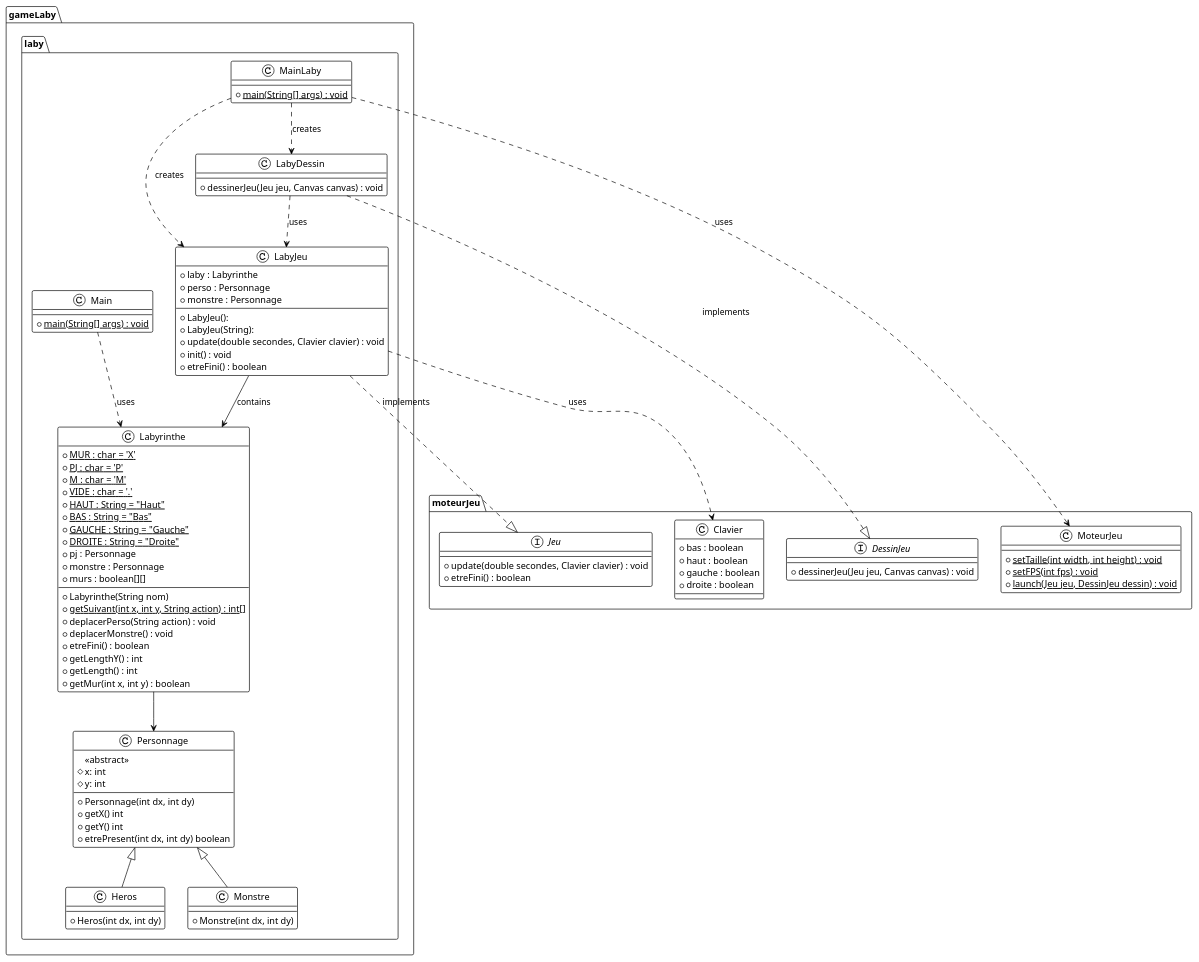
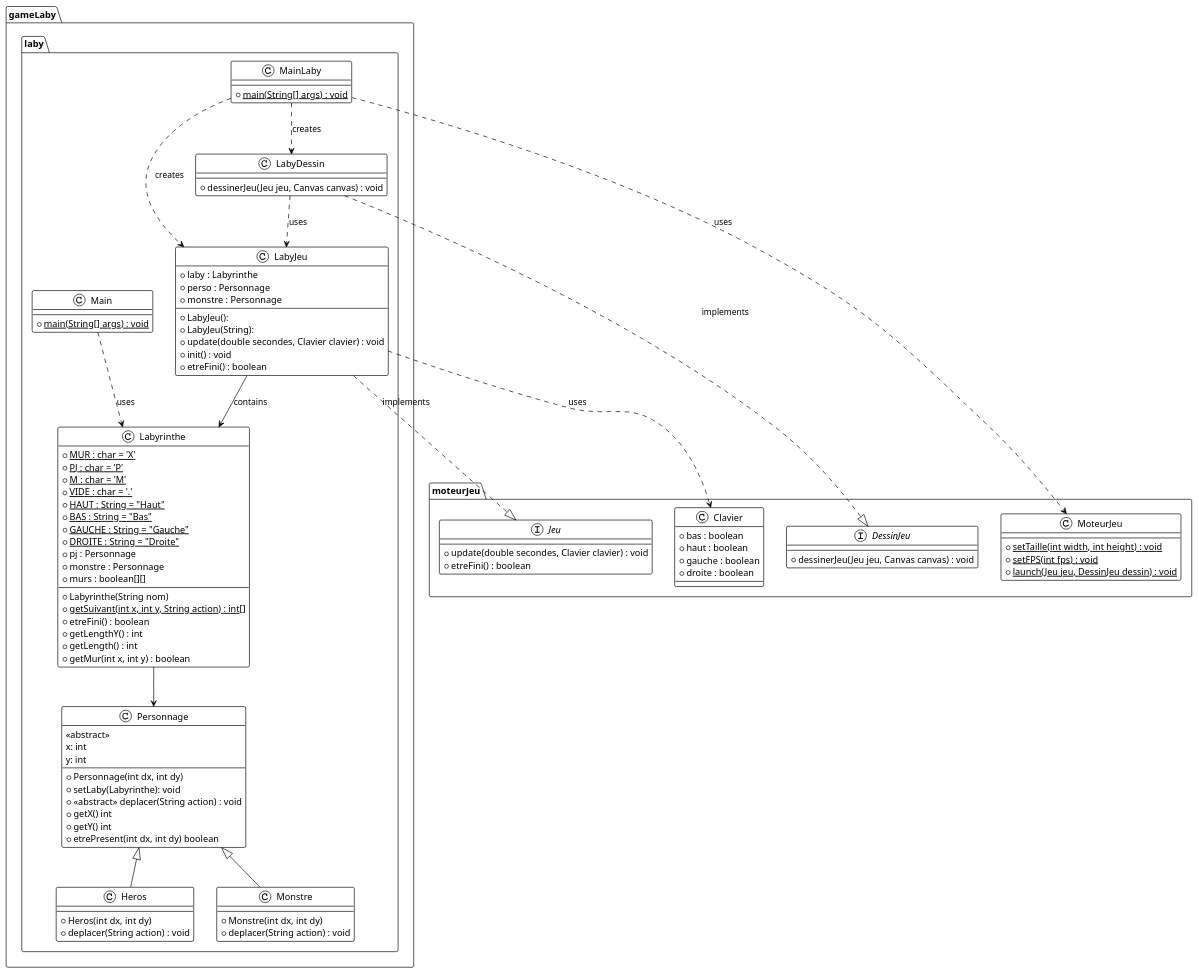
Before and after one commit to crochetremi/2025_Zeldiablo2_e20157u_e82008u_e89209u_e26078u: the diagram in documents/version_3/DC_Laby.puml, drawn with PlantUML. The commit also changed 5 other files, not shown here.

```diff
--- a/documents/version_3/DC_Laby.puml
+++ b/documents/version_3/DC_Laby.puml
@@ -1,114 +1,116 @@
 @startuml
 !theme plain
 
 package "gameLaby.laby" {
 
     class Main {
         +{static} main(String[] args) : void
     }
 
     class MainLaby {
         +{static} main(String[] args) : void
     }
 
     class LabyJeu {
         +laby : Labyrinthe
         +perso : Personnage
         +monstre : Personnage
         +LabyJeu():
         +LabyJeu(String):
         +update(double secondes, Clavier clavier) : void
         +init() : void
         +etreFini() : boolean
     }
 
     class LabyDessin {
         +dessinerJeu(Jeu jeu, Canvas canvas) : void
     }
 
     class Labyrinthe {
         +{static} MUR : char = 'X'
         +{static} PJ : char = 'P'
         +{static} M : char = 'M'
         +{static} VIDE : char = '.'
         +{static} HAUT : String = "Haut"
         +{static} BAS : String = "Bas"
         +{static} GAUCHE : String = "Gauche"
         +{static} DROITE : String = "Droite"
         +pj : Personnage
         +monstre : Personnage
         +murs : boolean[][]
         +Labyrinthe(String nom)
         +{static} getSuivant(int x, int y, String action) : int[]
-        +deplacerPerso(String action) : void
-        +deplacerMonstre() : void
         +etreFini() : boolean
         +getLengthY() : int
         +getLength() : int
         +getMur(int x, int y) : boolean
     }
 
         class Personnage {
             <<abstract>>
-            #x: int
-            #y: int
+            x: int
+            y: int
             +Personnage(int dx, int dy)
+            +setLaby(Labyrinthe): void
+            +<<abstract>> deplacer(String action) : void
             +getX() int
             +getY() int
             +etrePresent(int dx, int dy) boolean
         }
 
 
     class Heros {
         +Heros(int dx, int dy)
+        +deplacer(String action) : void
     }
 
     class Monstre {
         +Monstre(int dx, int dy)
+        +deplacer(String action) : void
     }
 
 }
 
 package "moteurJeu" {
     interface Jeu {
         +update(double secondes, Clavier clavier) : void
         +etreFini() : boolean
     }
 
     interface DessinJeu {
         +dessinerJeu(Jeu jeu, Canvas canvas) : void
     }
 
     class Clavier {
         +bas : boolean
         +haut : boolean
         +gauche : boolean
         +droite : boolean
     }
 
     class MoteurJeu {
         +{static} setTaille(int width, int height) : void
         +{static} setFPS(int fps) : void
         +{static} launch(Jeu jeu, DessinJeu dessin) : void
     }
 }
 
 ' Relations
 LabyJeu ..|> Jeu : implements
 LabyDessin ..|> DessinJeu : implements
 
 LabyJeu --> Labyrinthe : contains
 Personnage <|-- Heros
 Personnage <|-- Monstre
 Labyrinthe --> Personnage
 
 
 Main ..> Labyrinthe : uses
 MainLaby ..> LabyJeu : creates
 MainLaby ..> LabyDessin : creates
 MainLaby ..> MoteurJeu : uses
 
 LabyJeu ..> Clavier : uses
 LabyDessin ..> LabyJeu : uses
 
 @enduml
```
